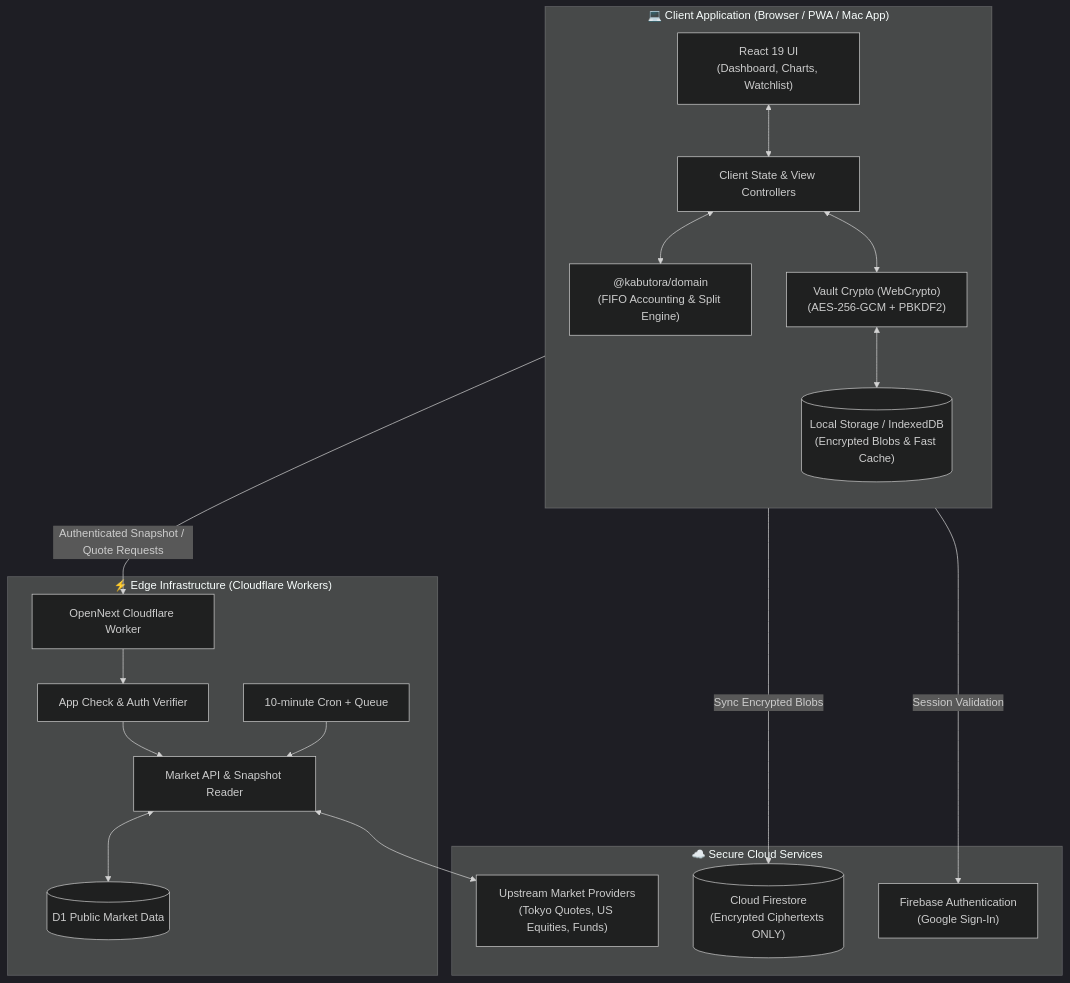
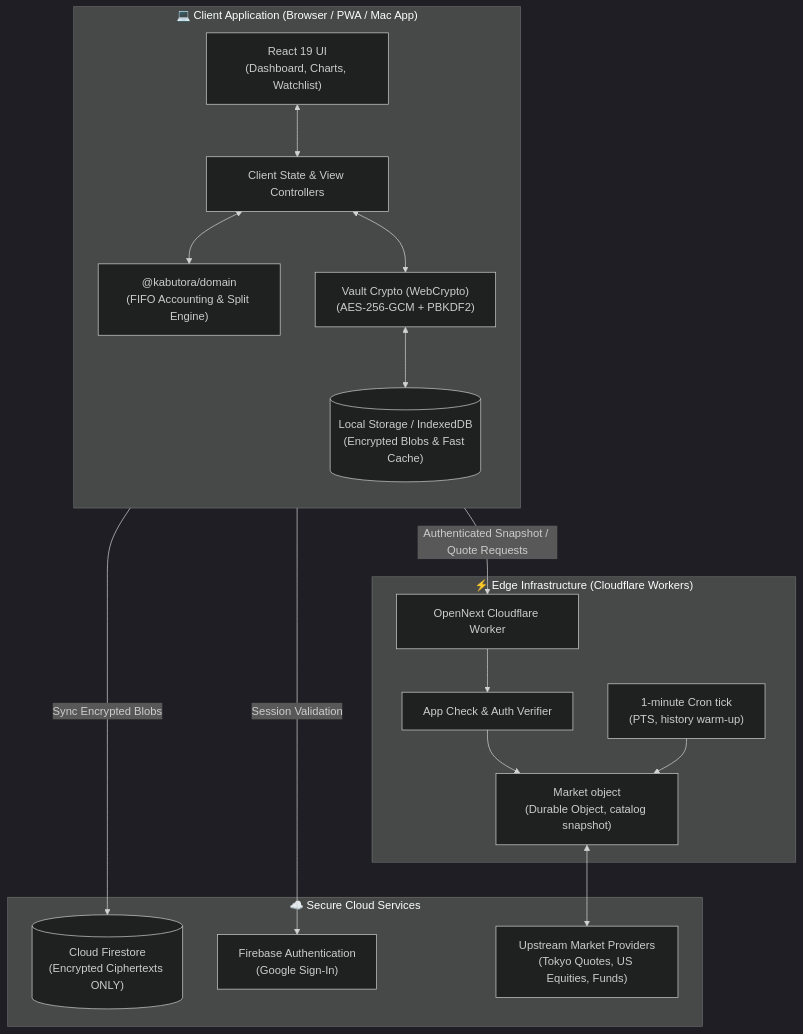
One commit to SotaYanagisawa/kabutora changed the first of 2 diagrams in docs/architecture.md. Above: the diagram before and after it, drawn with Mermaid (dark theme). The commit also changed other lines of this file and 145 other files, not shown here.

First line of the commit message:
perf(market): replace queue/coordinator pipeline with one on-demand market object

````diff
--- a/docs/architecture.md
+++ b/docs/architecture.md
@@ -9,40 +9,38 @@
 ```mermaid
 flowchart TB
     subgraph Browser["💻 Client Application (Browser / PWA / Mac App)"]
         direction TB
         UI["React 19 UI\n(Dashboard, Charts, Watchlist)"]
         State["Client State & View Controllers"]
         Domain["@kabutora/domain\n(FIFO Accounting & Split Engine)"]
         Crypto["Vault Crypto (WebCrypto)\n(AES-256-GCM + PBKDF2)"]
         IDB[("Local Storage / IndexedDB\n(Encrypted Blobs & Fast Cache)")]
         
         UI <--> State
         State <--> Domain
         State <--> Crypto
         Crypto <--> IDB
     end
 
     subgraph Edge["⚡ Edge Infrastructure (Cloudflare Workers)"]
         Worker["OpenNext Cloudflare Worker"]
         AuthCheck["App Check & Auth Verifier"]
-        MarketProxy["Market API & Snapshot Reader"]
-        Scheduler["10-minute Cron + Queue"]
-        D1[("D1 Public Market Data")]
+        MarketProxy["Market object\n(Durable Object, catalog snapshot)"]
+        Scheduler["1-minute Cron tick\n(PTS, history warm-up)"]
         
         Worker --> AuthCheck
         AuthCheck --> MarketProxy
         Scheduler --> MarketProxy
-        MarketProxy <--> D1
     end
 
     subgraph Backend["☁️ Secure Cloud Services"]
         Firestore[("Cloud Firestore\n(Encrypted Ciphertexts ONLY)")]
         Auth["Firebase Authentication\n(Google Sign-In)"]
         Upstream["Upstream Market Providers\n(Tokyo Quotes, US Equities, Funds)"]
     end
 
     State -- "Authenticated Snapshot / Quote Requests" --> Worker
     Crypto -- "Sync Encrypted Blobs" --> Firestore
     State -- "Session Validation" --> Auth
     MarketProxy <--> Upstream
 ```
````
